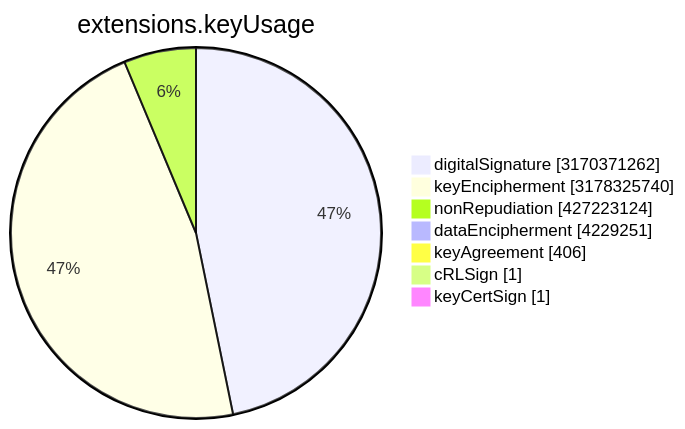
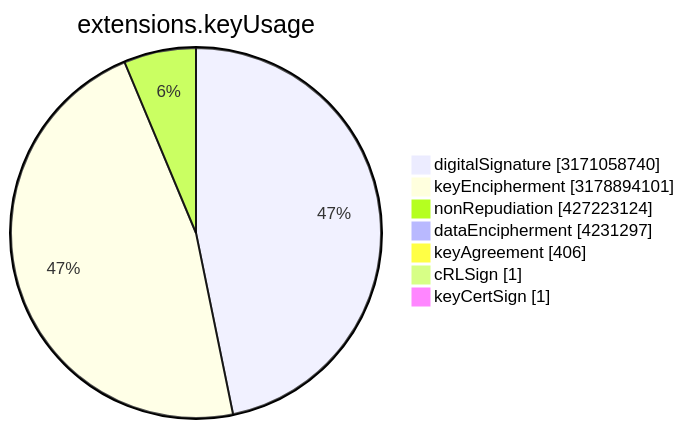
The sixth of 15 diagrams in TOTAL/README.md (christiankrug/ctmonitor_visualization), drawn with Mermaid before and after one commit. The commit also changed other lines of this file, not shown here.

````diff
--- a/TOTAL/README.md
+++ b/TOTAL/README.md
@@ -3077,11 +3077,11 @@
 ```mermaid
 pie showData
 title extensions.keyUsage
-"digitalSignature" :3170371262
-"keyEncipherment" :3178325740
+"digitalSignature" :3171058740
+"keyEncipherment" :3178894101
 "nonRepudiation" :427223124
-"dataEncipherment" :4229251
+"dataEncipherment" :4231297
 "keyAgreement" :406
 "cRLSign" :1
 "keyCertSign" :1
 ```
````
